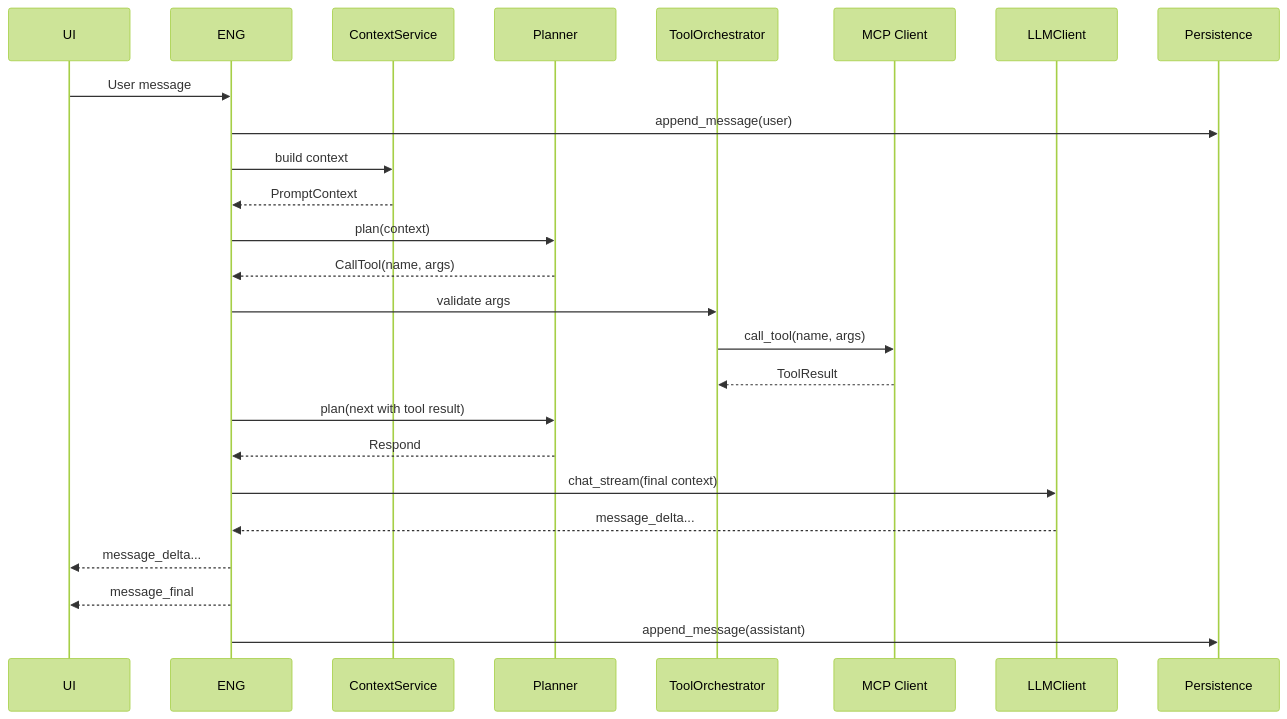
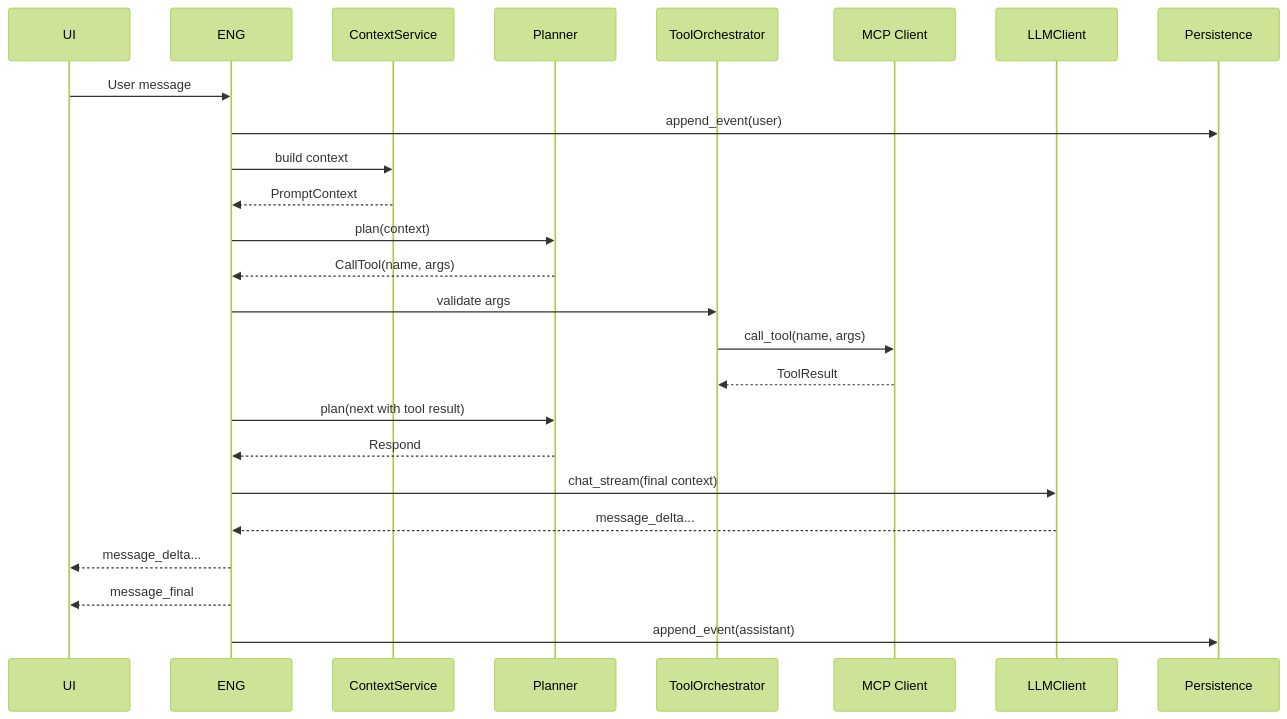
One commit to Sentra-Brain/sentra-platform changed the third of 3 diagrams in core/sentra-engine-legacy/README.md. Above: the diagram before and after it, drawn with Mermaid (forest theme). The commit also changed other lines of this file and 12 other files, not shown here.

````diff
--- a/core/sentra-engine-legacy/README.md
+++ b/core/sentra-engine-legacy/README.md
@@ -201,28 +201,28 @@
 ```mermaid
 sequenceDiagram
   participant UI
   participant ENG
   participant CTX as ContextService
   participant PLAN as Planner
   participant TO as ToolOrchestrator
   participant MCP as MCP Client
   participant LLM as LLMClient
   participant PERS as Persistence
 
   UI->>ENG: User message
-  ENG->>PERS: append_message(user)
+  ENG->>PERS: append_event(user)
   ENG->>CTX: build context
   CTX-->>ENG: PromptContext
   ENG->>PLAN: plan(context)
   PLAN-->>ENG: CallTool(name, args)
   ENG->>TO: validate args
   TO->>MCP: call_tool(name, args)
   MCP-->>TO: ToolResult
   ENG->>PLAN: plan(next with tool result)
   PLAN-->>ENG: Respond
   ENG->>LLM: chat_stream(final context)
   LLM-->>ENG: message_delta...
   ENG-->>UI: message_delta...
   ENG-->>UI: message_final
-  ENG->>PERS: append_message(assistant)
+  ENG->>PERS: append_event(assistant)
 ```
````
